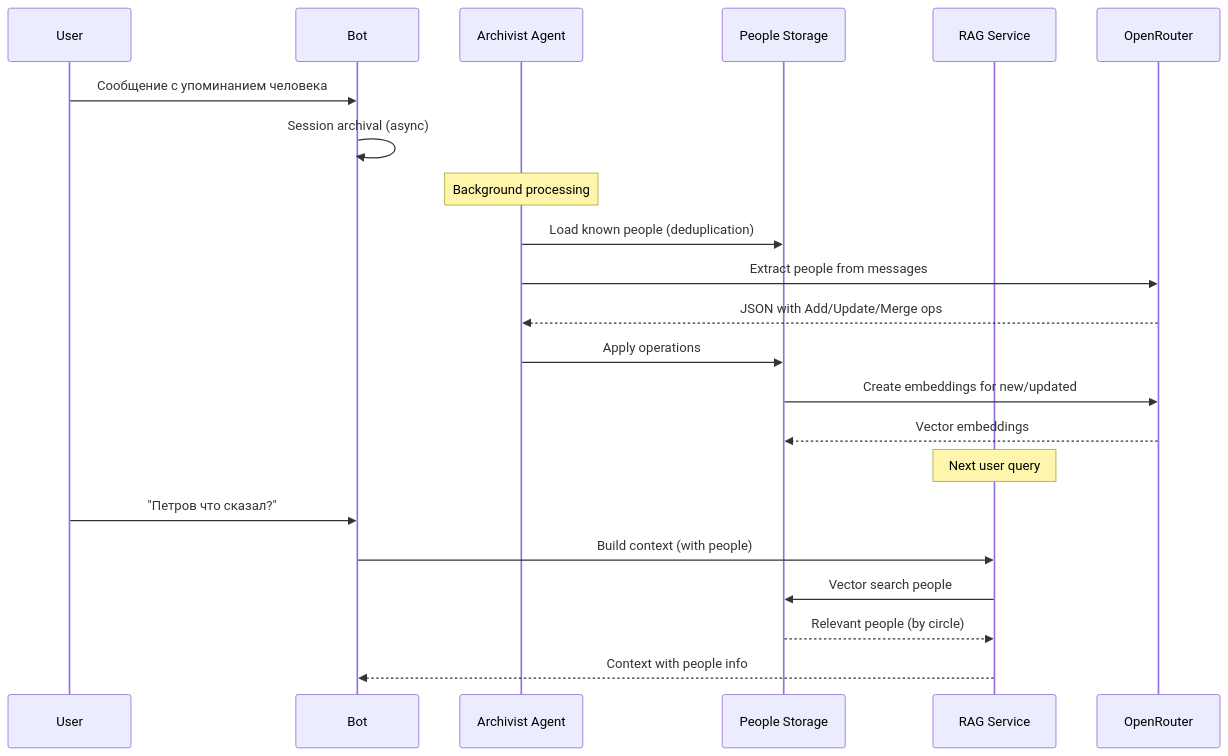
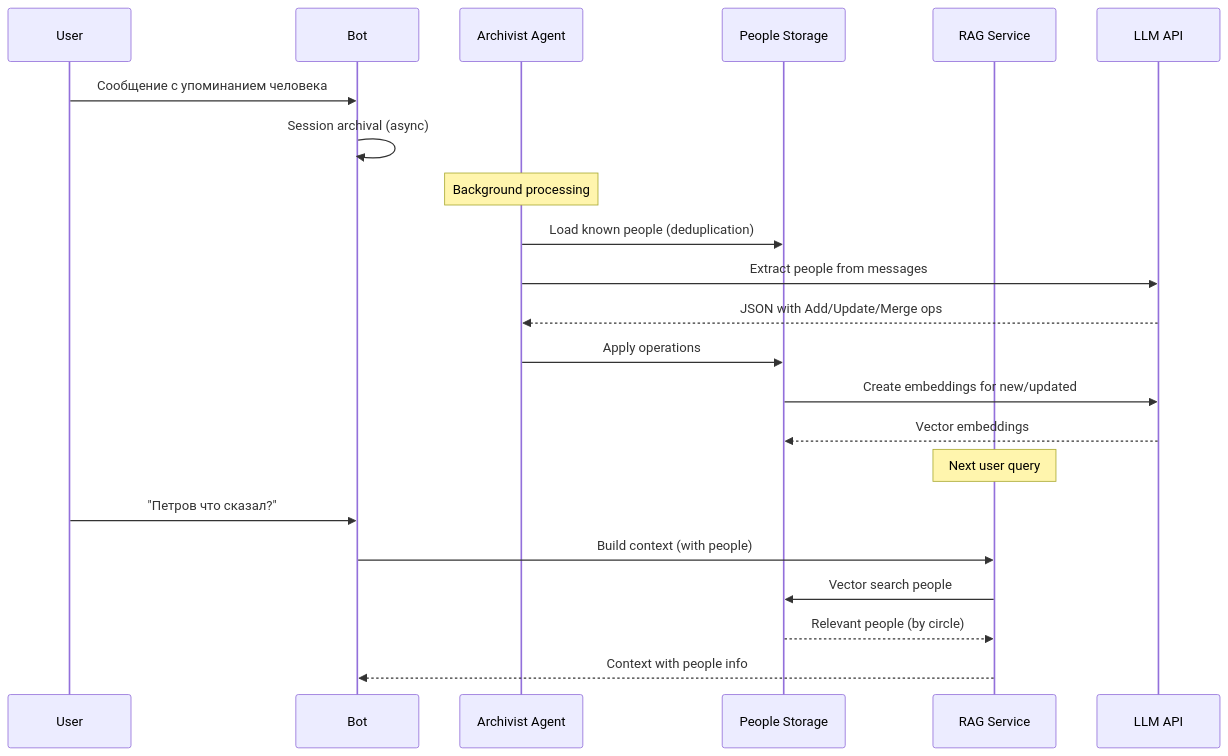
The second of 2 diagrams in docs/architecture/people-graph.md (runixer/laplaced), drawn with Mermaid before and after one commit. The commit also changed other lines of this file and 8 other files, not shown here.

````diff
--- a/docs/architecture/people-graph.md
+++ b/docs/architecture/people-graph.md
@@ -56,28 +56,28 @@
 ```mermaid
 sequenceDiagram
     participant User as User
     participant Bot as Bot
     participant Archivist as Archivist Agent
     participant Storage as People Storage
     participant RAG as RAG Service
-    participant LLM as OpenRouter
+    participant LLM as LLM API
 
     User->>Bot: Сообщение с упоминанием человека
     Bot->>Bot: Session archival (async)
 
     Note over Archivist: Background processing
     Archivist->>Storage: Load known people (deduplication)
     Archivist->>LLM: Extract people from messages
     LLM-->>Archivist: JSON with Add/Update/Merge ops
 
     Archivist->>Storage: Apply operations
     Storage->>LLM: Create embeddings for new/updated
     LLM-->>Storage: Vector embeddings
 
     Note over RAG: Next user query
     User->>Bot: "Петров что сказал?"
     Bot->>RAG: Build context (with people)
     RAG->>Storage: Vector search people
     Storage-->>RAG: Relevant people (by circle)
     RAG-->>Bot: Context with people info
 ```
````
